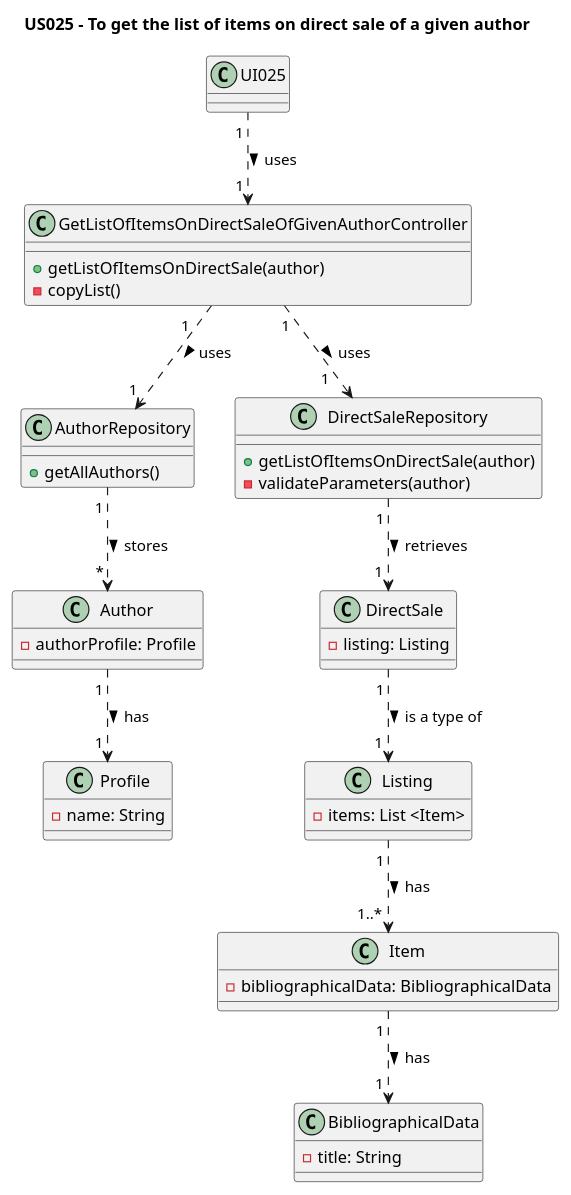
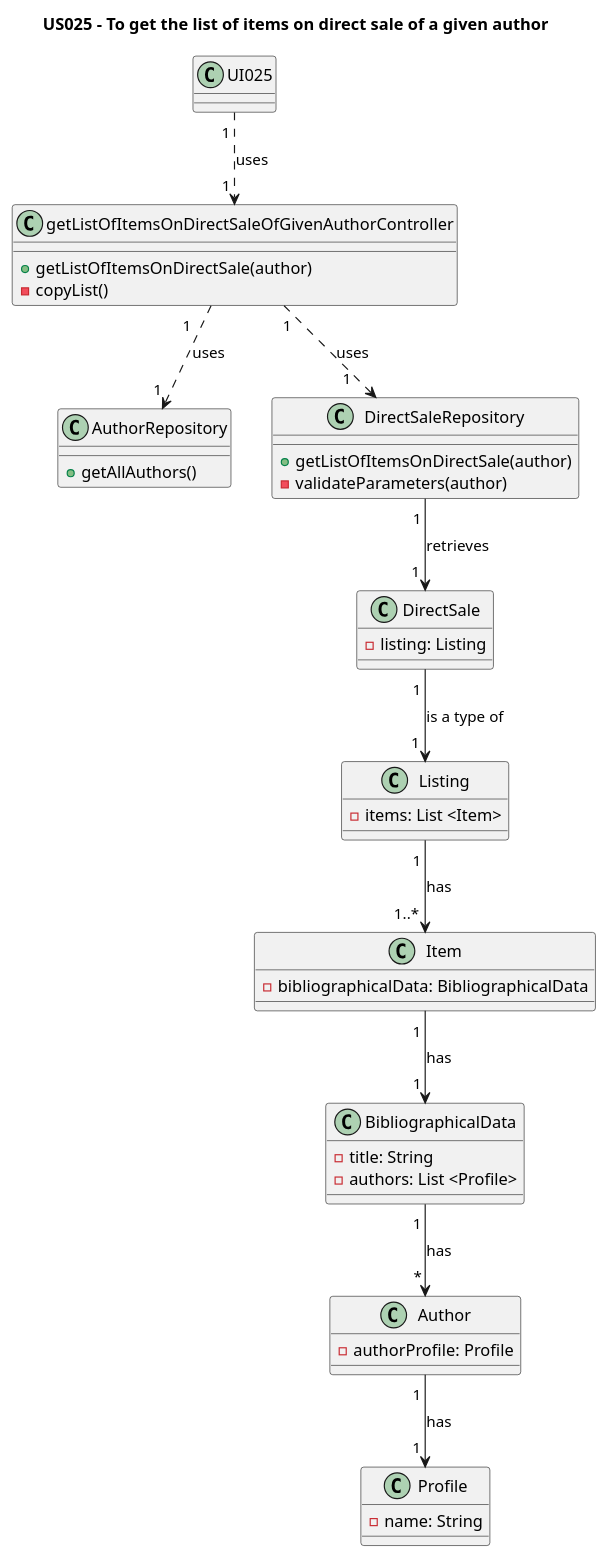
The diagram in Diagrams/ClassDiagrams/US025-to-get-the-list-of-items-on-direct-sale-of-a-given-author.puml (AndrePereiraGitH/SWitCH-Project-Team_A), drawn with PlantUML before and after one commit. The commit also changed 5 other files, not shown here.

```diff
--- a/Diagrams/ClassDiagrams/US025-to-get-the-list-of-items-on-direct-sale-of-a-given-author.puml
+++ b/Diagrams/ClassDiagrams/US025-to-get-the-list-of-items-on-direct-sale-of-a-given-author.puml
@@ -1,59 +1,59 @@
 @startuml
 title US025 - To get the list of items on direct sale of a given author
 
 class UI025{
 
 }
 
-class GetListOfItemsOnDirectSaleOfGivenAuthorController {
+class getListOfItemsOnDirectSaleOfGivenAuthorController {
   +getListOfItemsOnDirectSale(author)
   -copyList()
 }
 
 class AuthorRepository{
     +getAllAuthors()
 }
 
 class Author {
   -authorProfile: Profile
 }
 
 class Profile {
   -name: String
 }
 
 class DirectSaleRepository {
   +getListOfItemsOnDirectSale(author)
   -validateParameters(author)
 }
 
 class DirectSale {
   - listing: Listing
 }
 
 class Listing {
   - items: List <Item>
 }
 
 class Item {
     - bibliographicalData: BibliographicalData
 }
 
 class BibliographicalData {
     - title: String
+    - authors: List <Profile>
     }
 
 ' Interactions
 
-UI025 "1 " ..> "1 " GetListOfItemsOnDirectSaleOfGivenAuthorController : uses >
-GetListOfItemsOnDirectSaleOfGivenAuthorController  " 1" ..> "1    " DirectSaleRepository : uses >
-GetListOfItemsOnDirectSaleOfGivenAuthorController "1    " ..> "1 " AuthorRepository: uses >
-DirectSaleRepository "1 " ..> " 1 " DirectSale : retrieves >
-DirectSale "1 " ..> " 1 " Listing : is a type of >
-AuthorRepository "1 " ..> "          *" Author : stores >
-Author "1 " ..> "1 " Profile : has >
-Listing "1 " ..> "          1..*" Item: has >
-Item "1 " ..> "          1" BibliographicalData: has >
-
+UI025 "1 " ..> "1 " getListOfItemsOnDirectSaleOfGivenAuthorController : uses
+getListOfItemsOnDirectSaleOfGivenAuthorController  " 1" ..> "1    " DirectSaleRepository : uses
+getListOfItemsOnDirectSaleOfGivenAuthorController "1    " ..> "1 " AuthorRepository: uses
+DirectSaleRepository "1 " --> " 1 " DirectSale : retrieves
+DirectSale "1 " --> " 1 " Listing : is a type of
+BibliographicalData "1 " --> "          *" Author : has
+Author "1 " --> "1 " Profile : has
+Listing "1 " --> "          1..*" Item: has
+Item "1 " --> "          1" BibliographicalData: has
 
 @enduml
```
